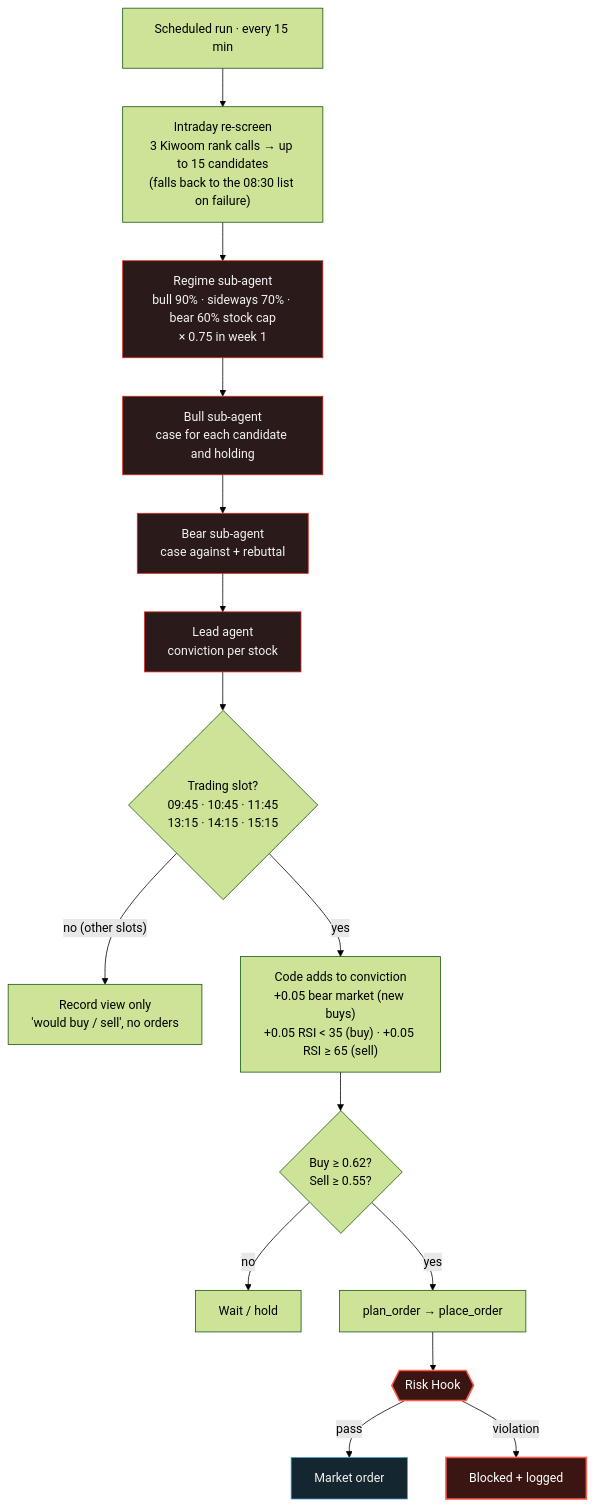
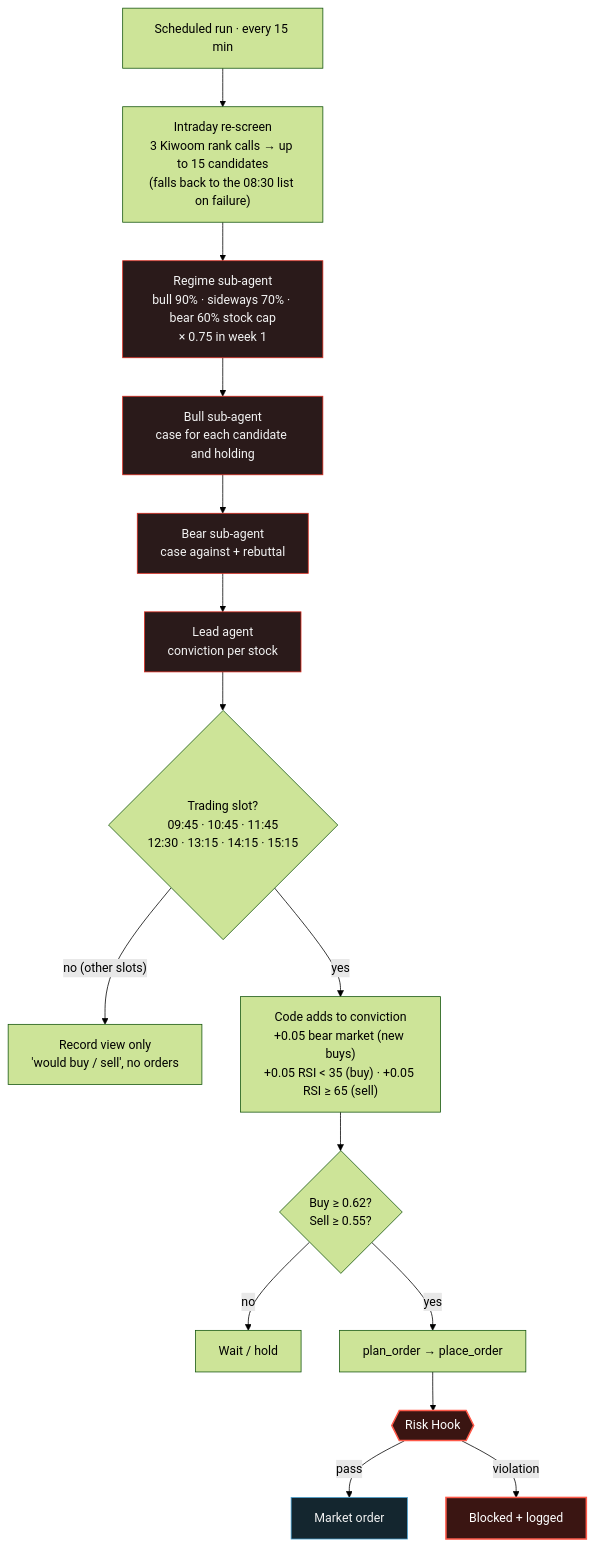
One commit to isopink/hynix-298f changed the diagram in assets/diagrams/decision.en.mmd. Above: the diagram before and after it, drawn with Mermaid (forest theme). The commit also changed 9 other files, not shown here.

First line of the commit message:
Docs: 12:30 trading slot in instructions, READMEs and the decision diagram

```diff
--- a/assets/diagrams/decision.en.mmd
+++ b/assets/diagrams/decision.en.mmd
@@ -1,21 +1,21 @@
 flowchart TB
     S["Scheduled run · every 15 min"] --> P["Intraday re-screen<br/>3 Kiwoom rank calls → up to 15 candidates<br/>(falls back to the 08:30 list on failure)"]
     P --> G["Regime sub-agent<br/>bull 90% · sideways 70% · bear 60% stock cap<br/>× 0.75 in week 1"]
     G --> B["Bull sub-agent<br/>case for each candidate and holding"]
     B --> R["Bear sub-agent<br/>case against + rebuttal"]
     R --> L["Lead agent<br/>conviction per stock"]
-    L --> T{"Trading slot?<br/>09:45 · 10:45 · 11:45<br/>13:15 · 14:15 · 15:15"}
+    L --> T{"Trading slot?<br/>09:45 · 10:45 · 11:45<br/>12:30 · 13:15 · 14:15 · 15:15"}
     T -- "no (other slots)" --> V["Record view only<br/>'would buy / sell', no orders"]
     T -- yes --> C["Code adds to conviction<br/>+0.05 bear market (new buys)<br/>+0.05 RSI < 35 (buy) · +0.05 RSI ≥ 65 (sell)"]
     C --> Q{"Buy ≥ 0.62?<br/>Sell ≥ 0.55?"}
     Q -- no --> W["Wait / hold"]
     Q -- yes --> Z["plan_order → place_order"]
     Z --> H{{"Risk Hook"}}
     H -- pass --> O["Market order"]
     H -- violation --> X["Blocked + logged"]
     classDef agent fill:#2a1a1a,stroke:#da291c,color:#f3f3f3
     classDef hook fill:#3a1512,stroke:#ff5a4a,stroke-width:2px,color:#ffffff
     classDef ok fill:#14262f,stroke:#4aa3d4,color:#f3f3f3
     class G,B,R,L agent
     class H,X hook
     class O ok
```
